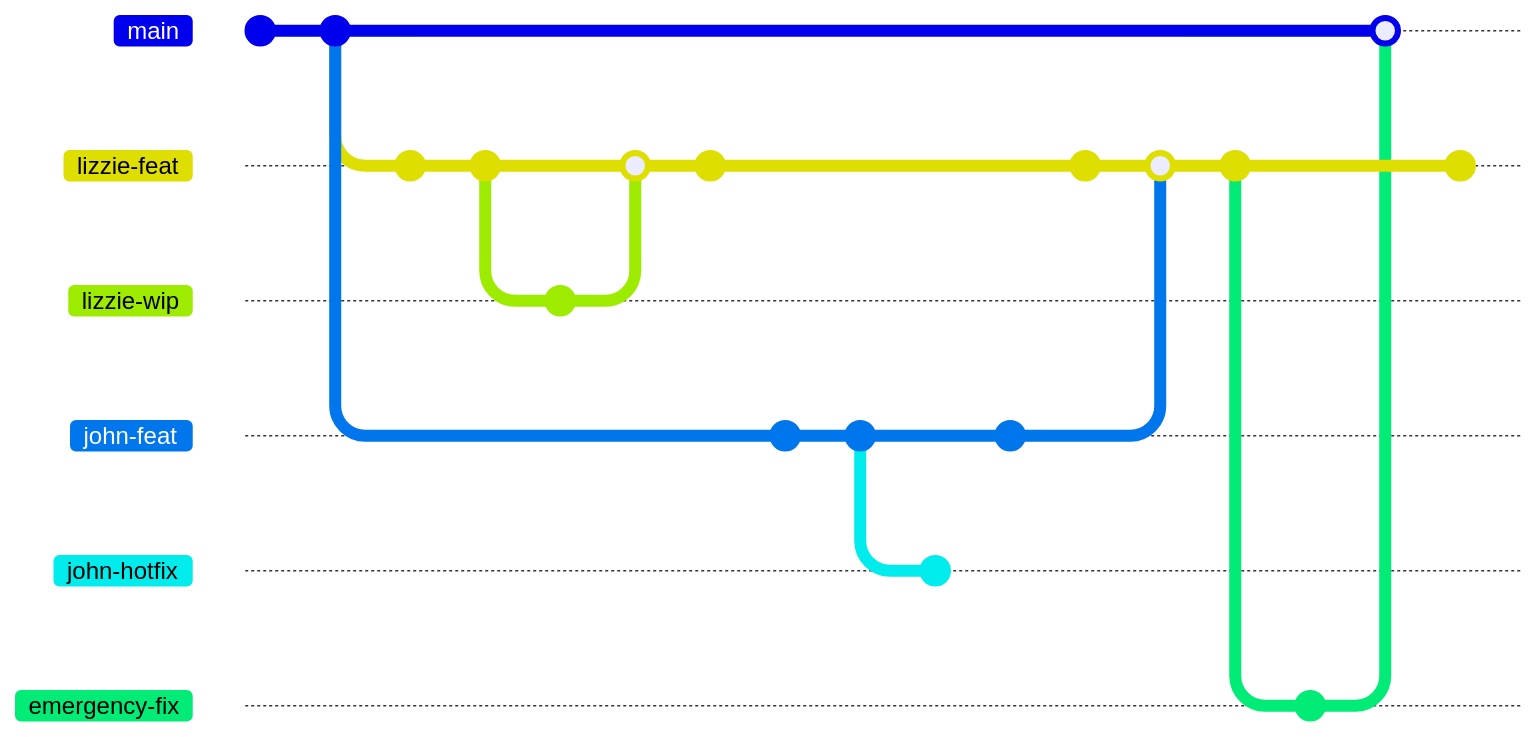
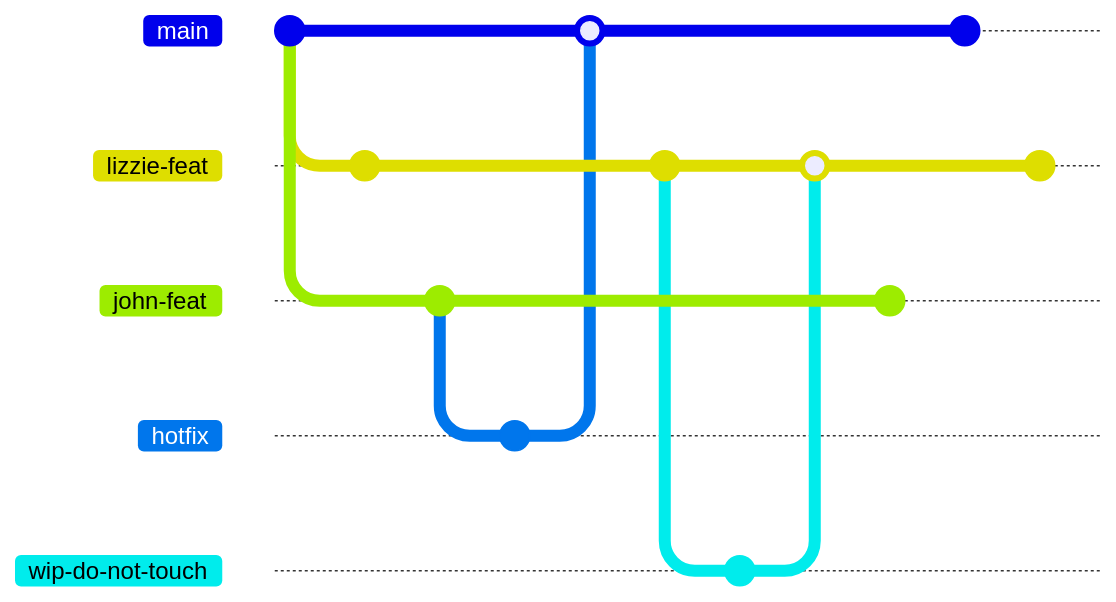
The second of 5 diagrams in slides.md (lizsalmon/iCSC-Git-talk), drawn with Mermaid before and after one commit. The commit also changed other lines of this file and 6476 other files, not shown here. Commit ids are hidden.

````diff
--- a/slides.md
+++ b/slides.md
@@ -43,43 +80,28 @@
 ```mermaid
 gitGraph
   commit
-  commit
   branch lizzie-feat
+  branch john-feat
   checkout lizzie-feat
-  commit
-  commit
-  branch lizzie-wip
-  checkout lizzie-wip
-  commit
-  checkout lizzie-feat
-  merge lizzie-wip
-  commit
-  checkout main
-
-  branch john-feat
-  checkout john-feat
-  commit
-  commit
-  branch john-hotfix
-  checkout john-hotfix
   commit
   checkout john-feat
   commit
-
+  branch hotfix
+  checkout hotfix
+  commit
   checkout main
-
-  checkout lizzie-feat 
+  merge hotfix
+  checkout lizzie-feat
   commit
-
-  merge john-feat
+  branch wip-do-not-touch
+  checkout wip-do-not-touch
   commit
-
-  branch emergency-fix
-  checkout emergency-fix
+  checkout lizzie-feat
+  merge wip-do-not-touch
+  checkout john-feat
   commit
-
   checkout main
-  merge emergency-fix
-  checkout lizzie-feat 
+  commit
+  checkout lizzie-feat
   commit
 ```
````
